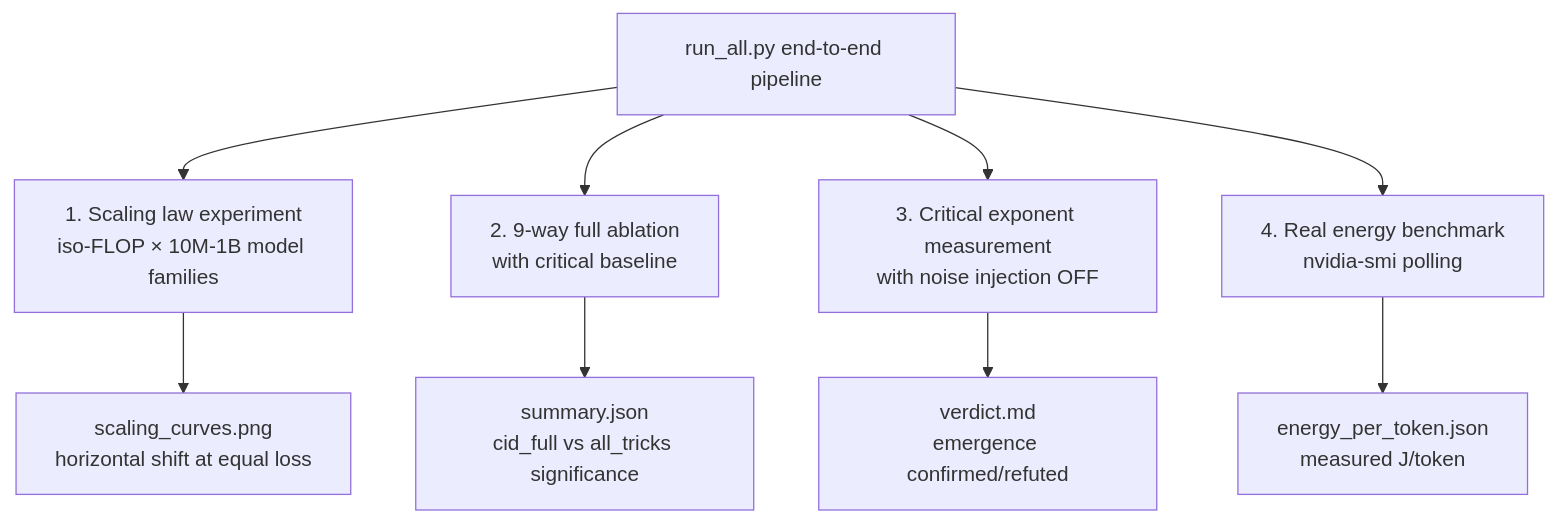
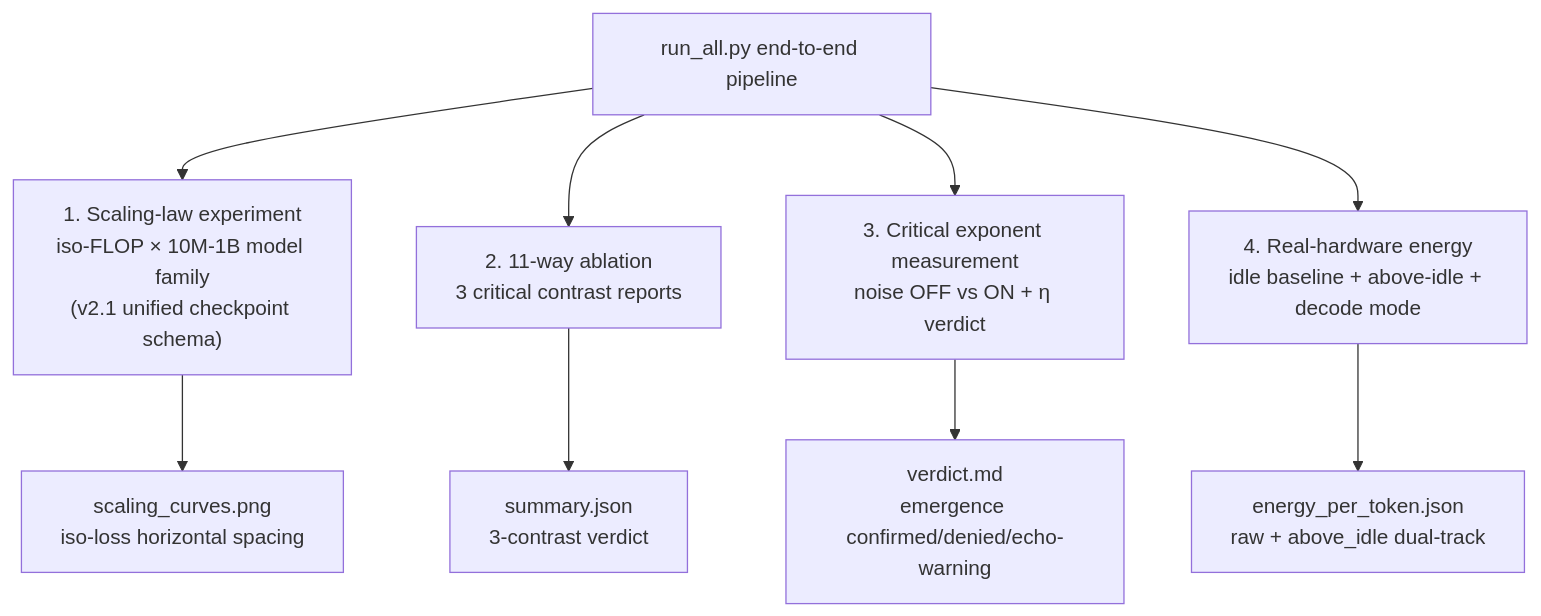
Before and after one commit to gwailee/uid: the diagram in README_en.md, drawn with Mermaid. The commit also changed other lines of this file, not shown here.

````diff
--- a/README_en.md
+++ b/README_en.md
@@ -265,12 +456,12 @@
 ```mermaid
 flowchart TD
-    A["run_all.py end-to-end pipeline"] --> B["1. Scaling law experiment<br/>iso-FLOP × 10M-1B model families"]
-    A --> C["2. 9-way full ablation<br/>with critical baseline"]
-    A --> D["3. Critical exponent measurement<br/>with noise injection OFF"]
-    A --> E["4. Real energy benchmark<br/>nvidia-smi polling"]
+    A["run_all.py end-to-end pipeline"] --> B["1. Scaling-law experiment<br/>iso-FLOP × 10M-1B model family<br/>(v2.1 unified checkpoint schema)"]
+    A --> C["2. 11-way ablation<br/>3 critical contrast reports"]
+    A --> D["3. Critical exponent measurement<br/>noise OFF vs ON + η verdict"]
+    A --> E["4. Real-hardware energy<br/>idle baseline + above-idle + decode mode"]
 
-    B --> F["scaling_curves.png<br/>horizontal shift at equal loss"]
-    C --> G["summary.json<br/>cid_full vs all_tricks significance"]
-    D --> H["verdict.md<br/>emergence confirmed/refuted"]
-    E --> I["energy_per_token.json<br/>measured J/token"]
+    B --> F["scaling_curves.png<br/>iso-loss horizontal spacing"]
+    C --> G["summary.json<br/>3-contrast verdict"]
+    D --> H["verdict.md<br/>emergence confirmed/denied/echo-warning"]
+    E --> I["energy_per_token.json<br/>raw + above_idle dual-track"]
 ```
````
